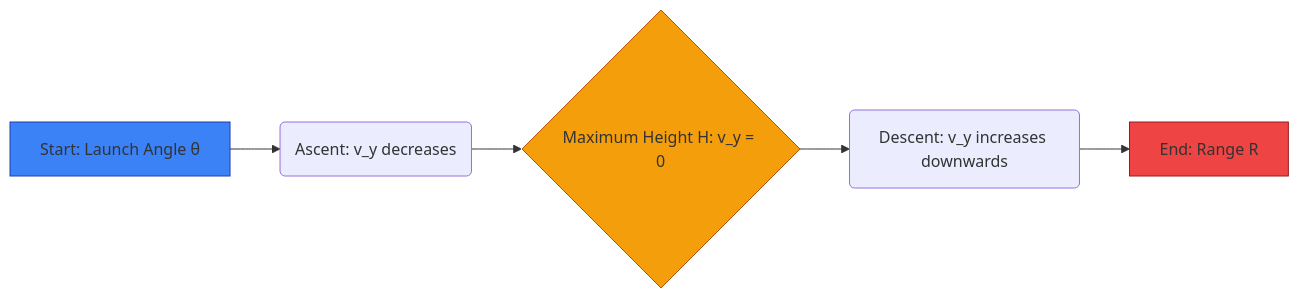
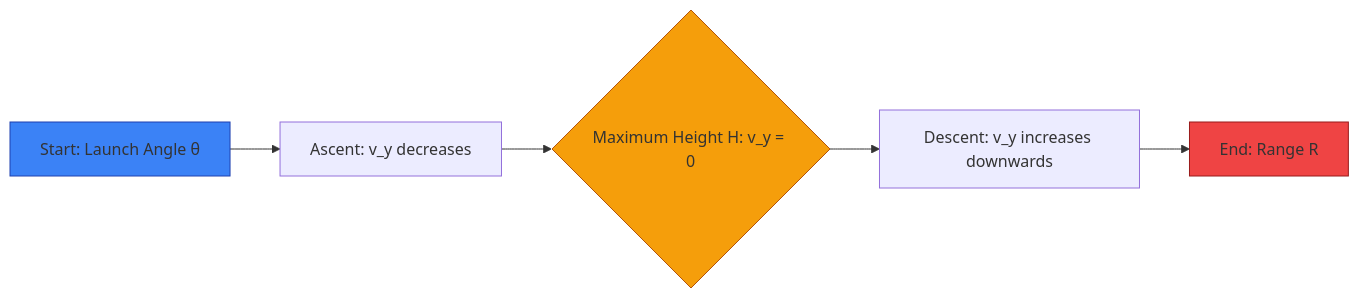
One commit to Trayodh/tac-revise-app changed the first of 3 diagrams in Pathfinder_Elite/modules/Physics/Measurement_Motion_Work_Energy_and_Power.md. Above: the diagram before and after it, drawn with Mermaid. The commit also changed other lines of this file and 22 other files, not shown here.

````diff
--- a/Pathfinder_Elite/modules/Physics/Measurement_Motion_Work_Energy_and_Power.md
+++ b/Pathfinder_Elite/modules/Physics/Measurement_Motion_Work_Energy_and_Power.md
@@ -329,10 +97,10 @@
 ```mermaid
 graph LR
-    A[Start: Launch Angle &theta;] --> B(Ascent: v_y decreases)
+    A[Start: Launch Angle θ] --> B["Ascent: v_y decreases"]
     B --> C{Maximum Height H: v_y = 0}
-    C --> D(Descent: v_y increases downwards)
+    C --> D["Descent: v_y increases downwards"]
     D --> E[End: Range R]
     style A fill:#3b82f6,stroke:#1e40af
     style C fill:#f59e0b,stroke:#b45309
     style E fill:#ef4444,stroke:#991b1b
 ```
````
